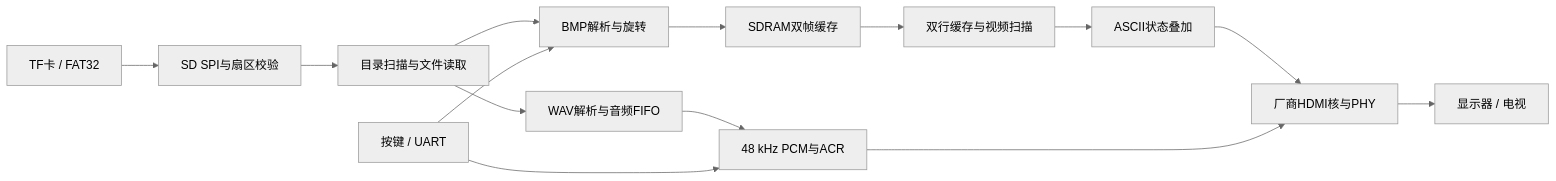
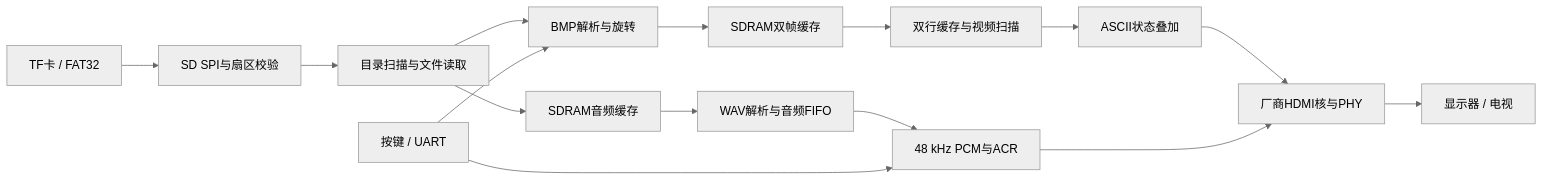
The diagram in README.md (Xyii931/FPGA-player), drawn with Mermaid (neutral theme) before and after one commit. The commit also changed other lines of this file and 24 other files, not shown here.

````diff
--- a/README.md
+++ b/README.md
@@ -22,16 +22,17 @@
 ```mermaid
 flowchart LR
     TF[TF卡 / FAT32] --> SD[SD SPI与扇区校验]
     SD --> FILE[目录扫描与文件读取]
     FILE --> BMP[BMP解析与旋转]
     BMP --> FB[SDRAM双帧缓存]
     FB --> LINE[双行缓存与视频扫描]
     LINE --> OSD[ASCII状态叠加]
-    FILE --> WAV[WAV解析与音频FIFO]
+    FILE --> CACHE[SDRAM音频缓存]
+    CACHE --> WAV[WAV解析与音频FIFO]
     WAV --> AUDIO[48 kHz PCM与ACR]
     OSD --> HDMI[厂商HDMI核与PHY]
     AUDIO --> HDMI
     HDMI --> MON[显示器 / 电视]
     CTRL[按键 / UART] --> BMP
     CTRL --> AUDIO
 ```
````
